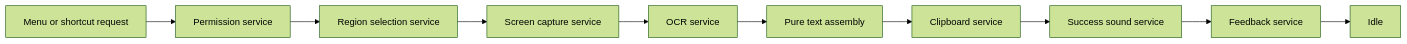
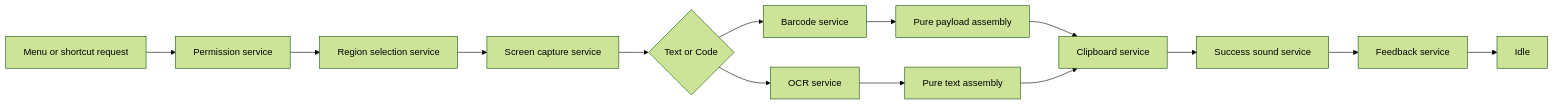
One commit to bennetthilberg/copylasso changed the second of 2 diagrams in docs/architecture/overview.md. Above: the diagram before and after it, drawn with Mermaid (forest theme). The commit also changed other lines of this file and 56 other files, not shown here.

````diff
--- a/docs/architecture/overview.md
+++ b/docs/architecture/overview.md
@@ -55,12 +57,16 @@
 ```mermaid
 flowchart LR
   Request["Menu or shortcut request"] --> Permission["Permission service"]
   Permission --> Selection["Region selection service"]
   Selection --> Capture["Screen capture service"]
-  Capture --> OCR["OCR service"]
+  Capture --> Mode{"Text or Code"}
+  Mode --> OCR["OCR service"]
+  Mode --> Barcode["Barcode service"]
   OCR --> Format["Pure text assembly"]
+  Barcode --> CodeFormat["Pure payload assembly"]
+  CodeFormat --> Clipboard
   Format --> Clipboard["Clipboard service"]
   Clipboard --> Sound["Success sound service"]
   Sound --> Feedback["Feedback service"]
   Feedback --> Idle["Idle"]
 ```
````
